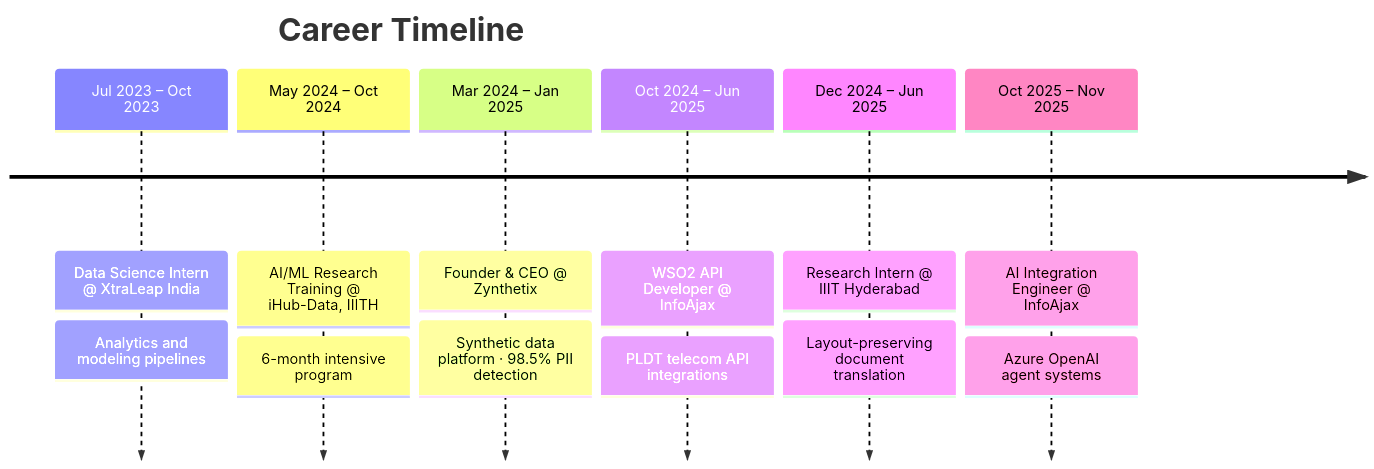
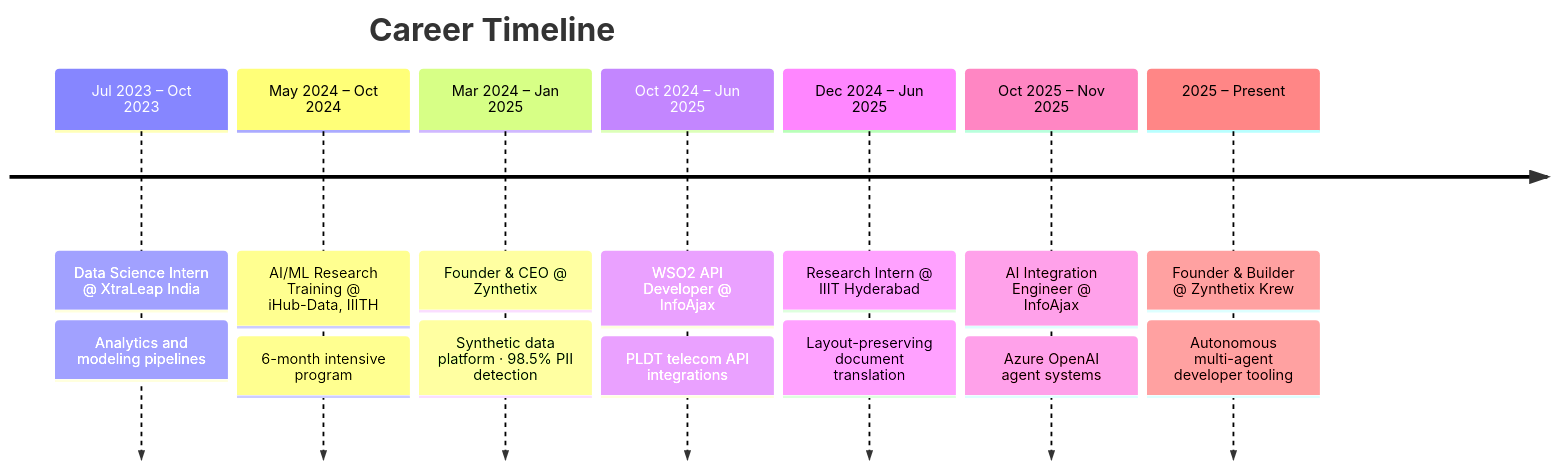
The diagram in README.md (GruheshKurra/GruheshKurra), drawn with Mermaid before and after one commit. The commit also changed other lines of this file, not shown here.

````diff
--- a/README.md
+++ b/README.md
@@ -275,16 +172,18 @@
 ```mermaid
 timeline
     title Career Timeline
     Jul 2023 – Oct 2023 : Data Science Intern @ XtraLeap India
                         : Analytics and modeling pipelines
     May 2024 – Oct 2024 : AI/ML Research Training @ iHub-Data, IIITH
                         : 6-month intensive program
     Mar 2024 – Jan 2025 : Founder & CEO @ Zynthetix
                         : Synthetic data platform · 98.5% PII detection
     Oct 2024 – Jun 2025 : WSO2 API Developer @ InfoAjax
                         : PLDT telecom API integrations
     Dec 2024 – Jun 2025 : Research Intern @ IIIT Hyderabad
                         : Layout-preserving document translation
     Oct 2025 – Nov 2025 : AI Integration Engineer @ InfoAjax
                         : Azure OpenAI agent systems
+    2025 – Present      : Founder & Builder @ Zynthetix Krew
+                        : Autonomous multi-agent developer tooling
 ```
````
